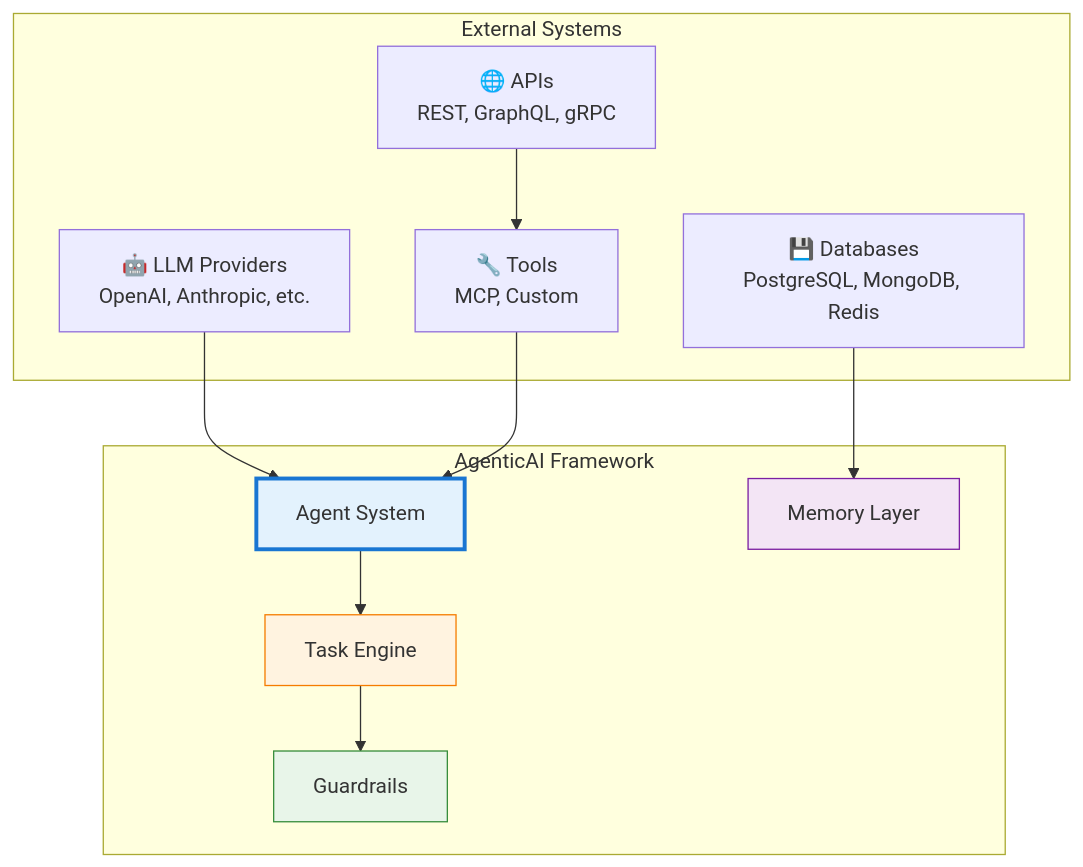
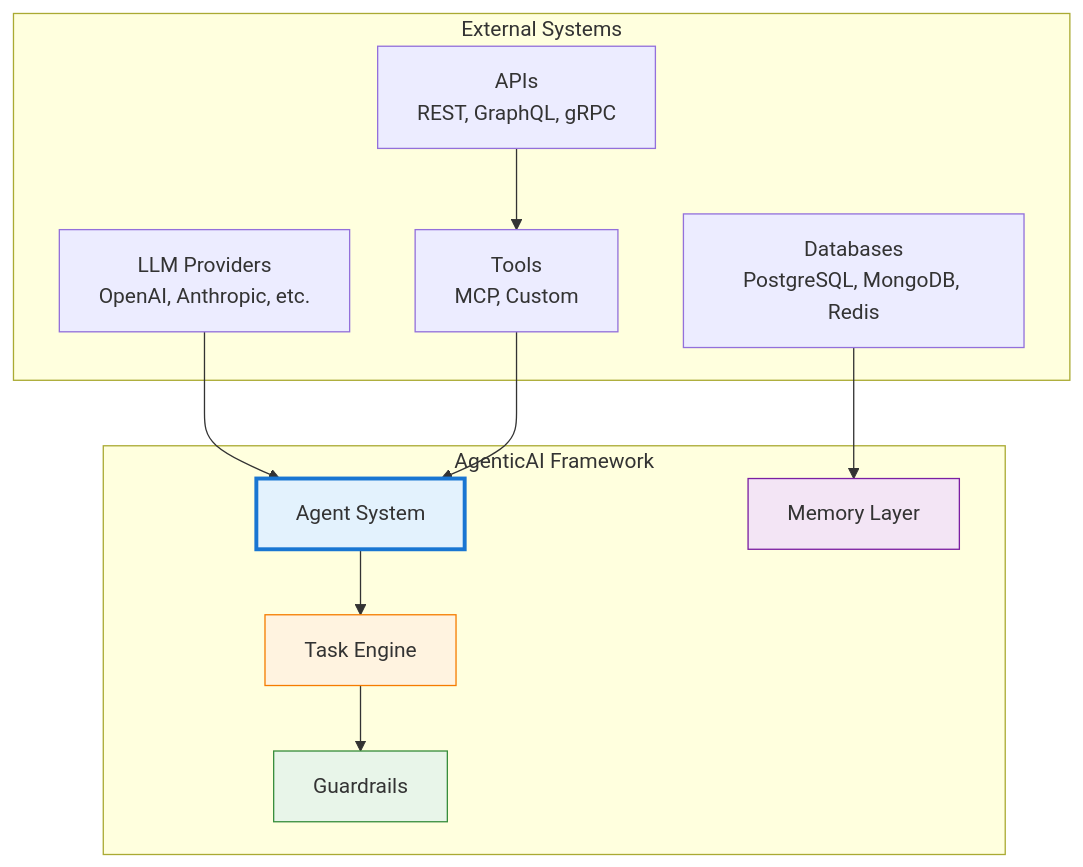
Before and after one commit to isathish/agenticaiframework: the second of 3 diagrams in docs/features.md, drawn with Mermaid. The commit also changed other lines of this file and 93 other files, not shown here.

````diff
--- a/docs/features.md
+++ b/docs/features.md
@@ -219,28 +219,28 @@
 ```mermaid
 graph TB
     subgraph "External Systems"
-        LLM[🤖 LLM Providers<br/>OpenAI, Anthropic, etc.]
-        DB[💾 Databases<br/>PostgreSQL, MongoDB, Redis]
-        API[🌐 APIs<br/>REST, GraphQL, gRPC]
-        TOOL[🔧 Tools<br/>MCP, Custom]
+        LLM[LLM Providers<br/>OpenAI, Anthropic, etc.]
+        DB[Databases<br/>PostgreSQL, MongoDB, Redis]
+        API[APIs<br/>REST, GraphQL, gRPC]
+        TOOL[Tools<br/>MCP, Custom]
     end
-    
+
     subgraph "AgenticAI Framework"
         AGENT[Agent System]
         MEMORY[Memory Layer]
         TASK[Task Engine]
         GUARD[Guardrails]
     end
-    
+
     LLM --> AGENT
     DB --> MEMORY
     API --> TOOL
     TOOL --> AGENT
     AGENT --> TASK
     TASK --> GUARD
-    
+
     style AGENT fill:#e3f2fd,stroke:#1976d2,stroke-width:3px
     style MEMORY fill:#f3e5f5,stroke:#7b1fa2
     style TASK fill:#fff3e0,stroke:#f57c00
     style GUARD fill:#e8f5e9,stroke:#388e3c
 ```
````
